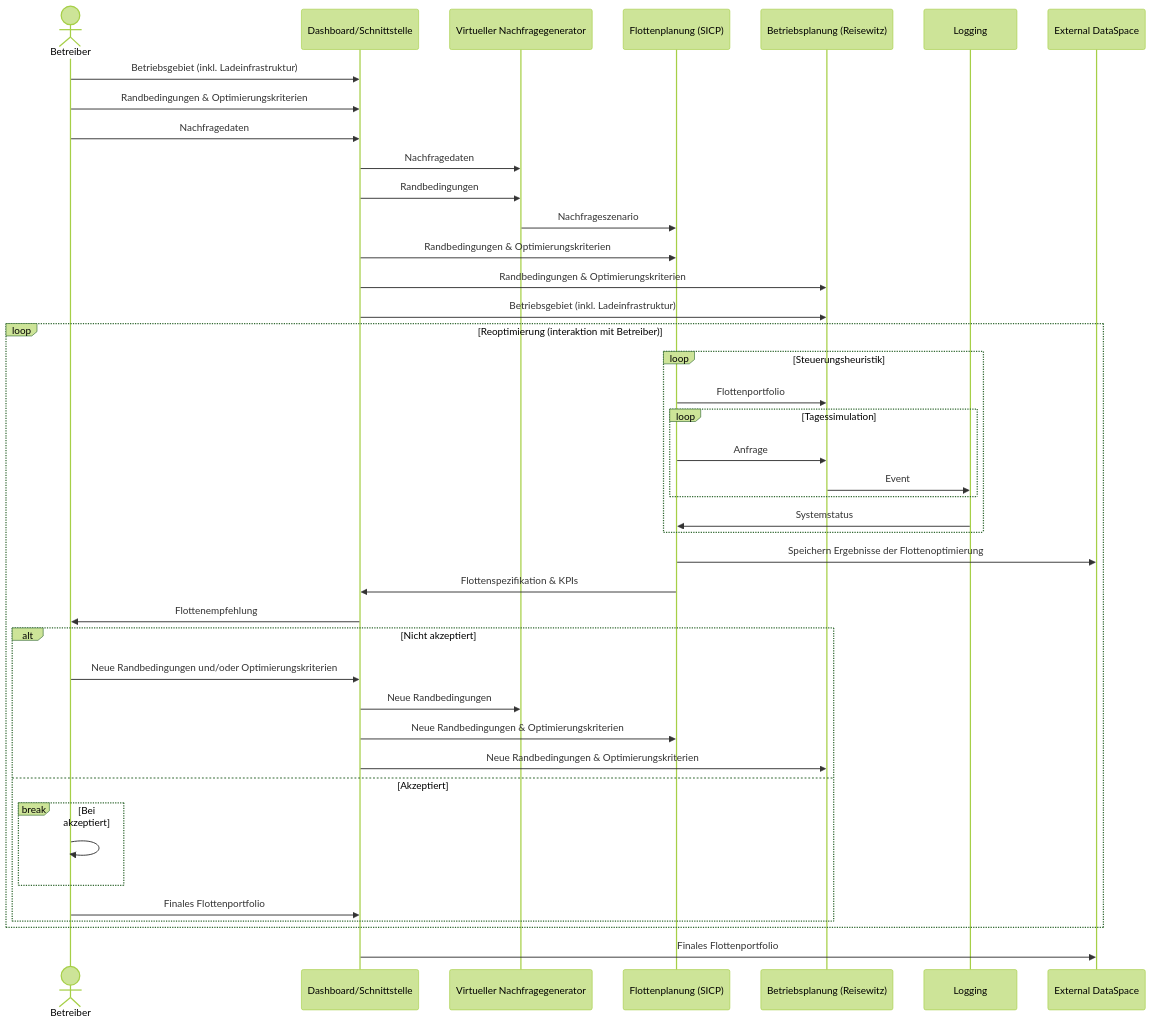
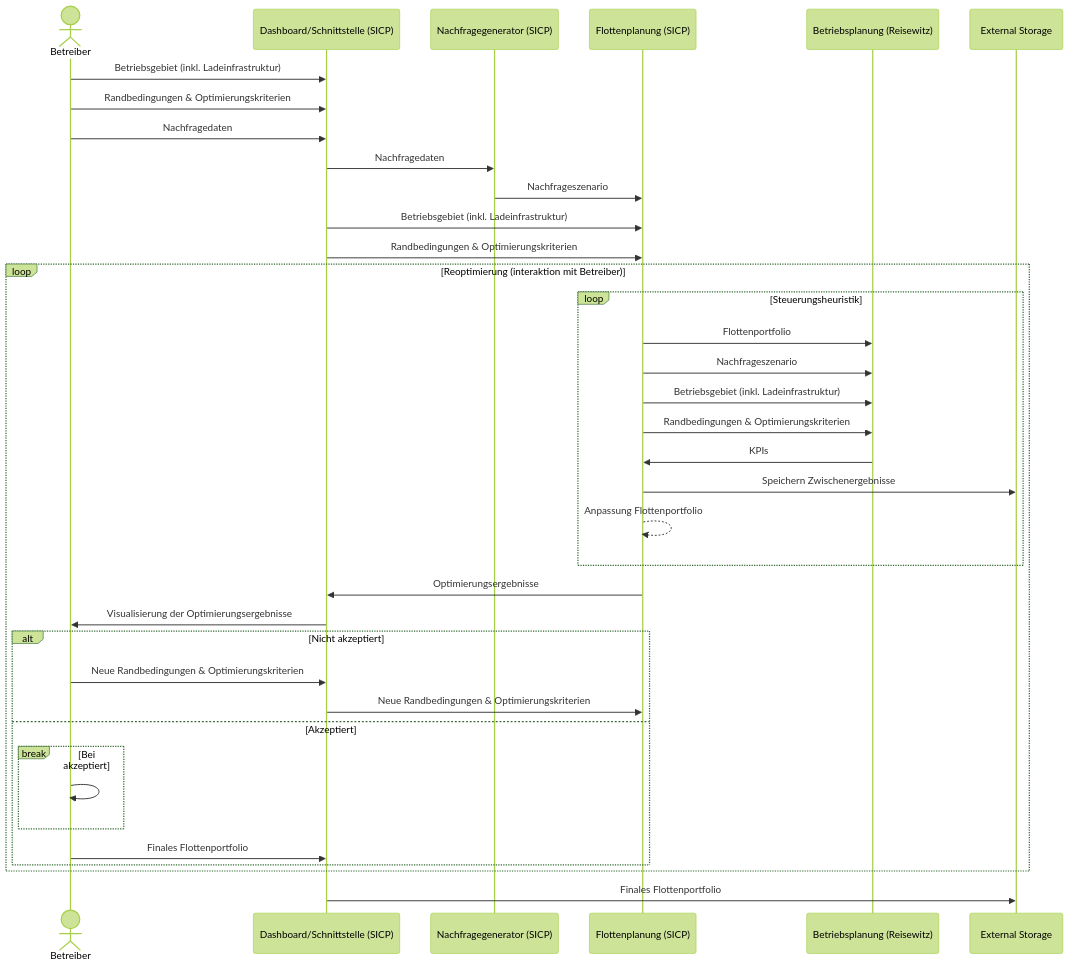
Before and after one commit to NeMo-bil/documentation: the sixth of 6 diagrams in README.md, drawn with Mermaid (forest theme).

Commit message:
Update "SICP: Flottenplanung mit Szenarien ermöglichen und durchführen"
 - Akteure angepasst ("Logging" raus, "External DataSpace" in "External Storage" umbenannt)
 - Innere Schleife [Steuerungsheuristik] angepasst
 - Anpassung: Kommunikation ueber "Flottenplanung (SICP)"
 (- minor changes)

````diff
--- a/README.md
+++ b/README.md
@@ -255,57 +255,52 @@
 ```mermaid
 sequenceDiagram
 %% Flottenplanung mit Szenarien ermöglichen und durchführen
 %% 
 %% auskommentieren wenn wir Details zur Kommunikation aufschreiben
 %% autonumber
 %% Benutzer definieren
 actor BT as Betreiber
 %% technische Teilnehmer/Componenten definieren
-participant DB as Dashboard/Schnittstelle
-participant VDG as Virtueller Nachfragegenerator
+participant DB as Dashboard/Schnittstelle (SICP)
+participant VDG as Nachfragegenerator (SICP)
 participant SICP as Flottenplanung (SICP)
 participant RW as Betriebsplanung (Reisewitz)
-participant LOG as Logging
 %%participant CB as Context Broker (FF)
-participant EXDS as External DataSpace
+participant EXDS as External Storage
 
 
 BT->>DB: Betriebsgebiet (inkl. Ladeinfrastruktur)
 BT->>DB: Randbedingungen & Optimierungskriterien
 BT->>DB: Nachfragedaten
+
 DB->>VDG: Nachfragedaten
-DB->>VDG: Randbedingungen
 VDG->>SICP: Nachfrageszenario
+DB->>SICP: Betriebsgebiet (inkl. Ladeinfrastruktur)
 DB->>SICP: Randbedingungen & Optimierungskriterien
-DB->>RW: Randbedingungen & Optimierungskriterien
-DB->>RW: Betriebsgebiet (inkl. Ladeinfrastruktur)
 
 
 loop Reoptimierung (interaktion mit Betreiber)
     loop Steuerungsheuristik
         SICP->>RW: Flottenportfolio
-        loop Tagessimulation
-            SICP->>RW: Anfrage
-            RW->>LOG: Event
-        end
-        LOG->>SICP: Systemstatus
+        SICP->>RW: Nachfrageszenario
+        SICP->>RW: Betriebsgebiet (inkl. Ladeinfrastruktur)
+        SICP->>RW: Randbedingungen & Optimierungskriterien
+        RW->>SICP: KPIs
+        SICP->>EXDS: Speichern Zwischenergebnisse
+        SICP-->>SICP: Anpassung Flottenportfolio
+    end
+    SICP->>DB: Optimierungsergebnisse
 
-    end
-    SICP->>EXDS: Speichern Ergebnisse der Flottenoptimierung
-    SICP->>DB: Flottenspezifikation & KPIs
-
-    DB->>BT: Flottenempfehlung
+    DB->>BT: Visualisierung der Optimierungsergebnisse
     alt Nicht akzeptiert
-        BT->>DB: Neue Randbedingungen und/oder Optimierungskriterien
-        DB->>VDG: Neue Randbedingungen
+        BT->>DB: Neue Randbedingungen & Optimierungskriterien
         DB->>SICP: Neue Randbedingungen & Optimierungskriterien
-        DB->>RW: Neue Randbedingungen & Optimierungskriterien
     else Akzeptiert
         break Bei akzeptiert
             BT->>BT: 
         end
         BT->>DB: Finales Flottenportfolio
     end
 end
 DB->>EXDS: Finales Flottenportfolio
 ```
````
